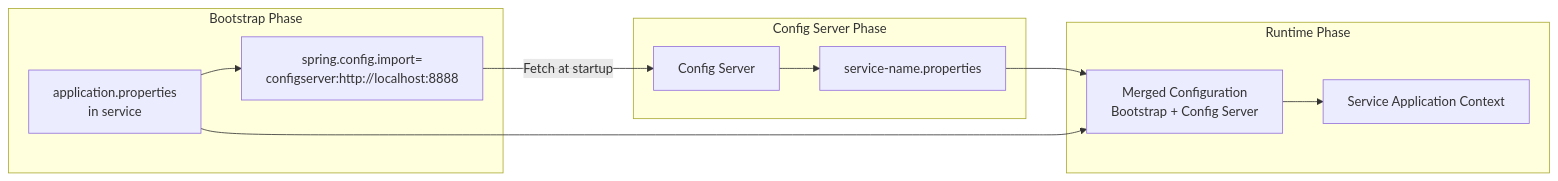
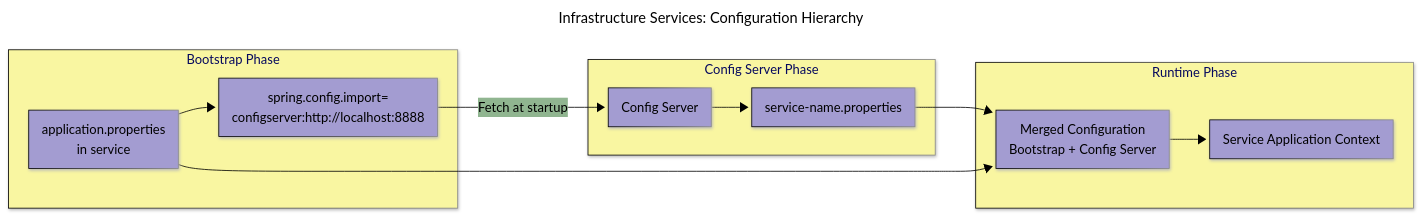
One commit to BrunoGil-AS/Vending-Machine-Microservices changed the third of 8 diagrams in Documentation/diagrams/infrastructure-services.md. Above: the diagram before and after it, drawn with Mermaid. The commit also changed other lines of this file and 7 other files, not shown here.

Commit message:
docs: Update service diagrams with new configurations and titles

````diff
--- a/Documentation/diagrams/infrastructure-services.md
+++ b/Documentation/diagrams/infrastructure-services.md
@@ -133,24 +161,38 @@
 ```mermaid
+---
+config:
+  theme: base
+  themeVariables:
+    primaryColor: '#a39cd1ff'
+    primaryTextColor: '#000000'
+    secondaryTextColor: '#ffffffff'
+    primaryBorderColor: '#000000'
+    lineColor: '#000000ff'
+    secondaryColor: '#90b590ff'
+    tertiaryColor: '#f9f6a1ff'
+  look: neo
+title: 'Infrastructure Services: Configuration Hierarchy'
+---
 graph LR
     subgraph "Bootstrap Phase"
         BOOT[application.properties<br/>in service]
         BOOT_CONFIG[spring.config.import=<br/>configserver:http://localhost:8888]
     end
 
     subgraph "Config Server Phase"
         CONFIG_SERVER[Config Server]
         SERVICE_CONFIG[service-name.properties]
     end
 
     subgraph "Runtime Phase"
         MERGED[Merged Configuration<br/>Bootstrap + Config Server]
         APPLICATION[Service Application Context]
     end
 
     BOOT --> BOOT_CONFIG
     BOOT_CONFIG -->|Fetch at startup| CONFIG_SERVER
     CONFIG_SERVER --> SERVICE_CONFIG
     SERVICE_CONFIG --> MERGED
     BOOT --> MERGED
     MERGED --> APPLICATION
 ```
````
